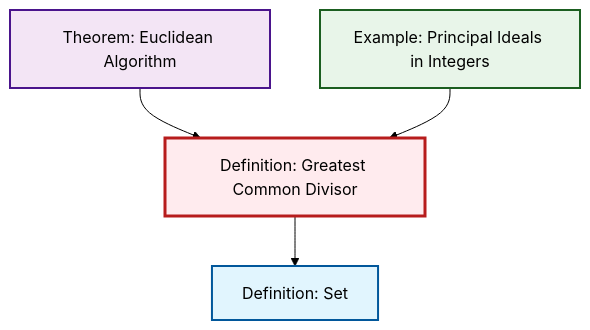
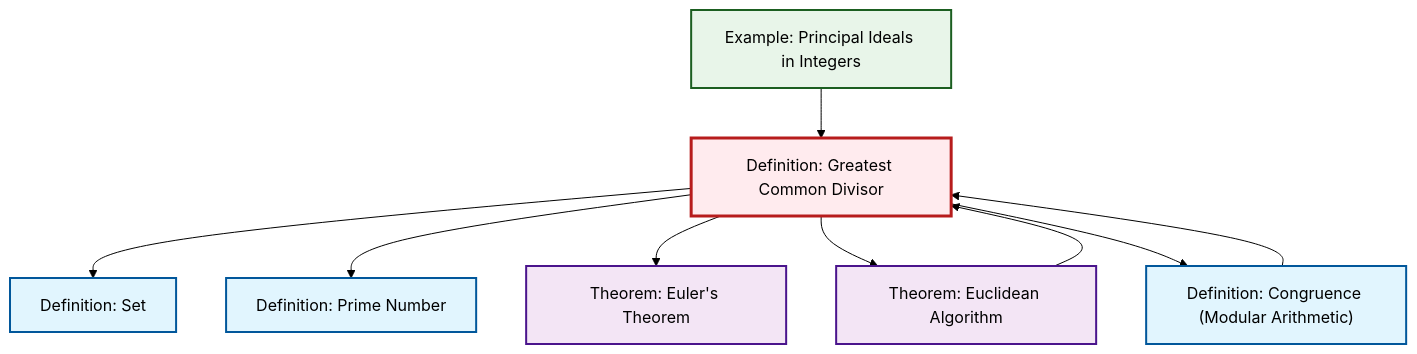
One commit to RK0429/ModernMath changed the second of 2 diagrams in content/en/number-theory/def-gcd.qmd. Above: the diagram before and after it, drawn with Mermaid (forest theme). The commit also changed other lines of this file and 417 other files, not shown here.

````diff
--- a/content/en/number-theory/def-gcd.qmd
+++ b/content/en/number-theory/def-gcd.qmd
@@ -84,20 +91,31 @@
 ```{mermaid}
 %%| fig-cap: "Local dependency graph"
 graph TD
     classDef definition fill:#e1f5fe,stroke:#01579b,stroke-width:2px
     classDef theorem fill:#f3e5f5,stroke:#4a148c,stroke-width:2px
     classDef axiom fill:#fff3e0,stroke:#e65100,stroke-width:2px
     classDef example fill:#e8f5e9,stroke:#1b5e20,stroke-width:2px
     classDef current fill:#ffebee,stroke:#b71c1c,stroke-width:3px
+    def-gcd["Definition: Greatest Common Divisor"]:::definition
+    thm-euler["Theorem: Euler's Theorem"]:::theorem
     ex-principal-ideal["Example: Principal Ideals in Integers"]:::example
     thm-euclidean-algorithm["Theorem: Euclidean Algorithm"]:::theorem
+    def-congruence["Definition: Congruence (Modular Arithmetic)"]:::definition
     def-set["Definition: Set"]:::definition
-    def-gcd["Definition: Greatest Common Divisor"]:::definition
+    def-prime["Definition: Prime Number"]:::definition
     def-gcd --> def-set
+    def-gcd --> def-prime
+    def-gcd --> thm-euler
+    ex-principal-ideal --> def-gcd
+    def-gcd --> thm-euclidean-algorithm
     thm-euclidean-algorithm --> def-gcd
-    ex-principal-ideal --> def-gcd
+    def-gcd --> def-congruence
+    def-congruence --> def-gcd
     class def-gcd current
+    click thm-euler "thm-euler.html" "Go to Euler's Theorem theorem"
     click ex-principal-ideal "ex-principal-ideal.html" "Go to Principal Ideals in Integers example"
     click thm-euclidean-algorithm "thm-euclidean-algorithm.html" "Go to Euclidean Algorithm theorem"
+    click def-congruence "def-congruence.html" "Go to Congruence (Modular Arithmetic) definition"
     click def-set "def-set.html" "Go to Set definition"
+    click def-prime "def-prime.html" "Go to Prime Number definition"
 ```
````
